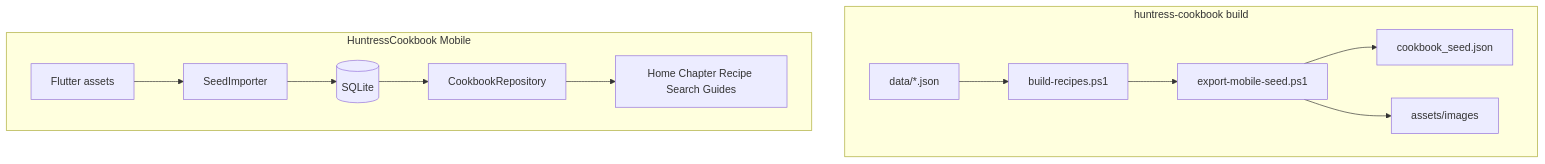
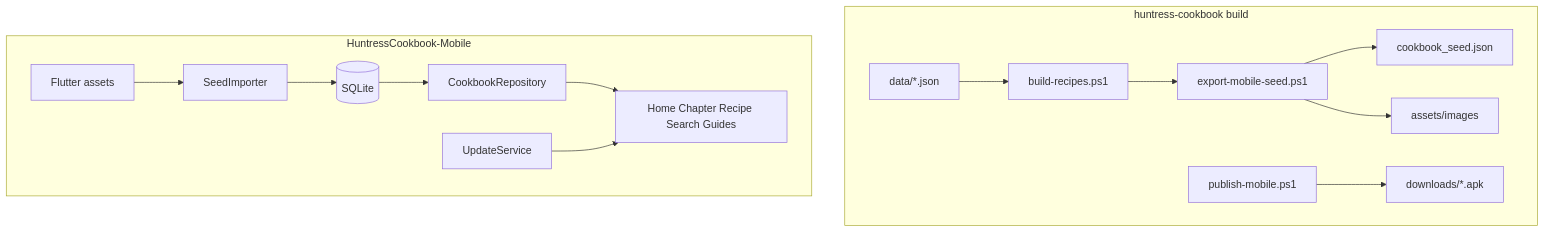
The diagram in docs/plans/flutter-mobile-app.md (Marcell0805/huntress-cookbook), drawn with Mermaid before and after one commit. The commit also changed other lines of this file and 2 other files, not shown here.

````diff
--- a/docs/plans/flutter-mobile-app.md
+++ b/docs/plans/flutter-mobile-app.md
@@ -44,22 +93,53 @@
 ```mermaid
+
 flowchart TD
+
   subgraph build [huntress-cookbook build]
+
     JSON[data/*.json]
+
     PS[build-recipes.ps1]
+
     Export[export-mobile-seed.ps1]
+
+    Publish[publish-mobile.ps1]
+
     Seed[cookbook_seed.json]
+
     Imgs[assets/images]
+
+    APK[downloads/*.apk]
+
     JSON --> PS --> Export
+
     Export --> Seed
+
     Export --> Imgs
+
+    Publish --> APK
+
   end
 
-  subgraph mobile [HuntressCookbook Mobile]
+
+
+  subgraph mobile [HuntressCookbook-Mobile]
+
     Assets[Flutter assets]
+
     Importer[SeedImporter]
+
     DB[(SQLite)]
+
     Repo[CookbookRepository]
+
     UI[Home Chapter Recipe Search Guides]
+
+    Update[UpdateService]
+
     Assets --> Importer --> DB --> Repo --> UI
+
+    Update --> UI
+
   end
+
 ```
````
